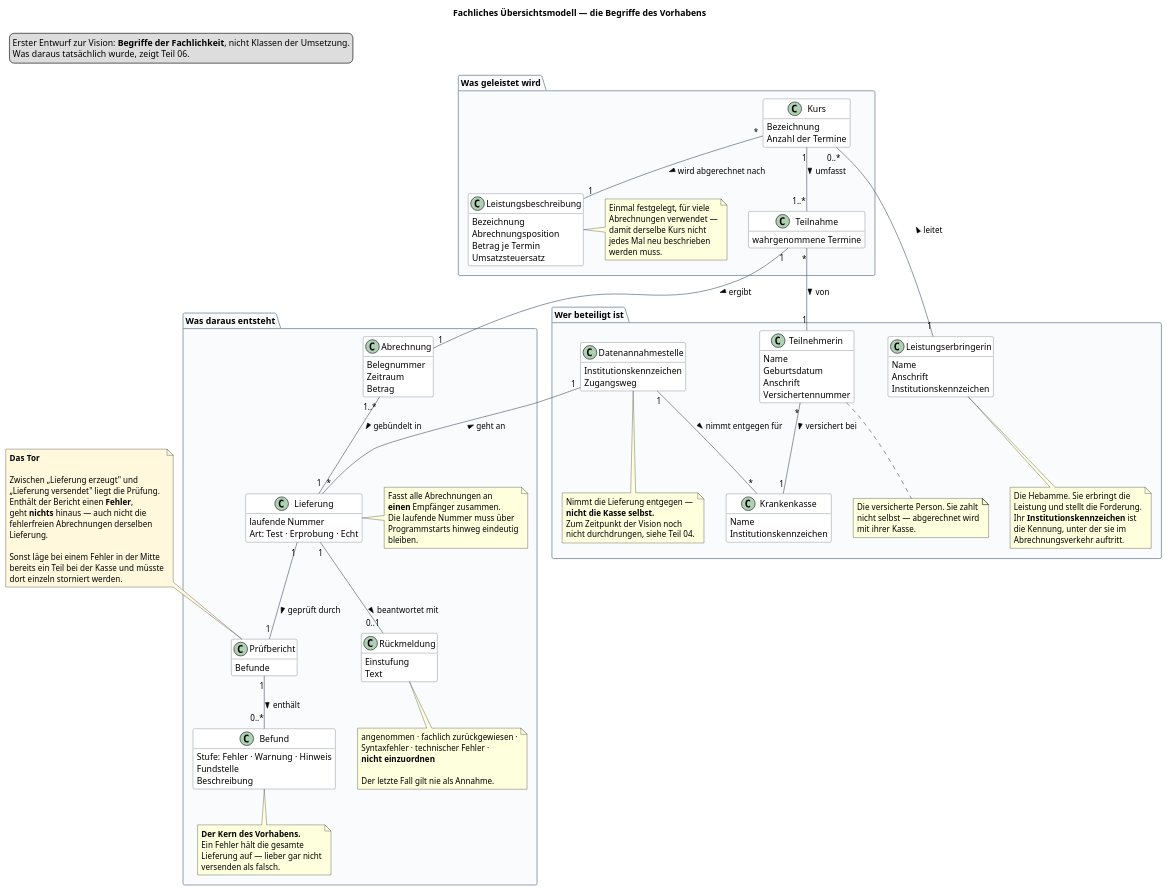
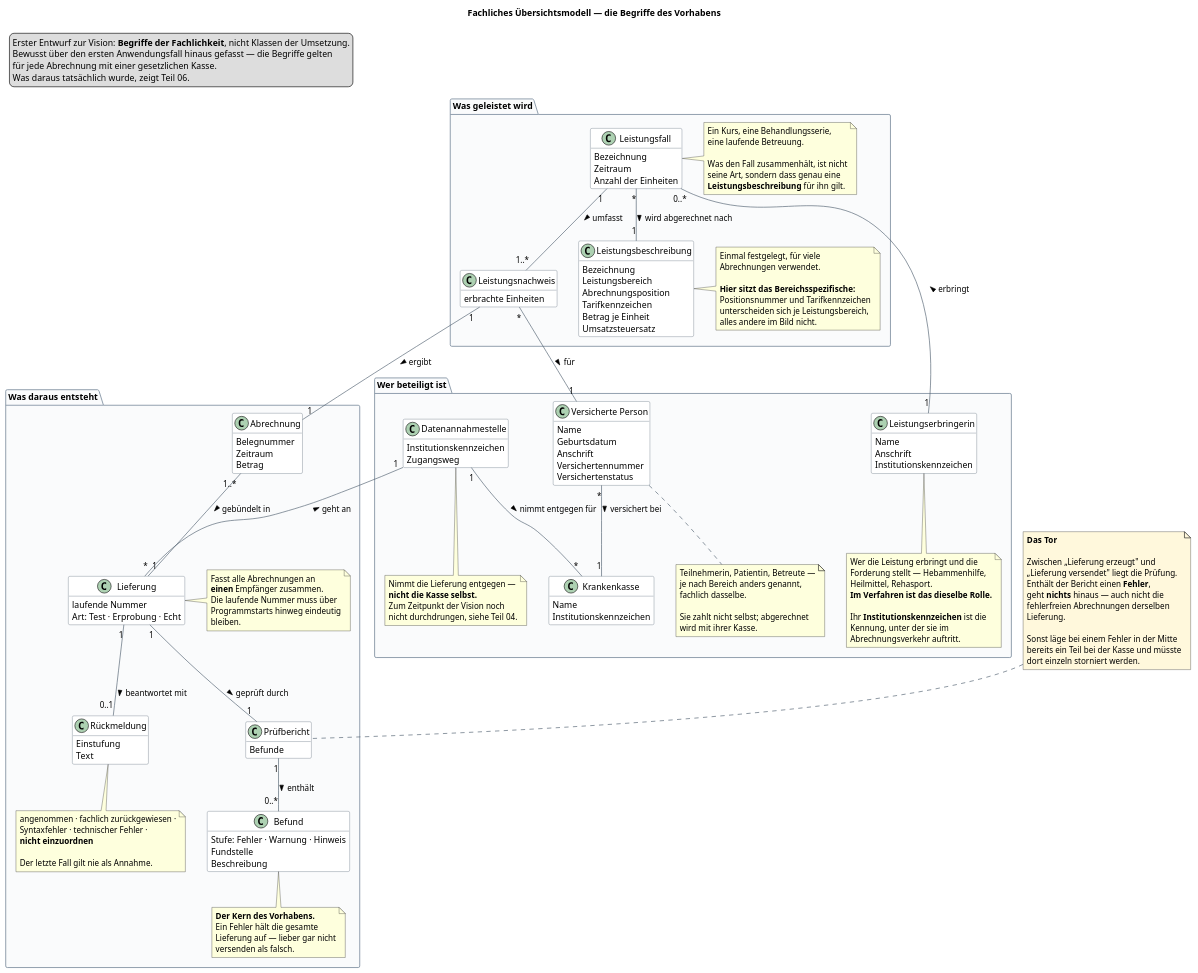
Before and after one commit to Gulaschkanister/Health-insurance-claims: the diagram in GKVTransmitter/Information/V01_Vision_Fachmodell.puml, drawn with PlantUML. The commit also changed 7 other files, not shown here.

```diff
--- a/GKVTransmitter/Information/V01_Vision_Fachmodell.puml
+++ b/GKVTransmitter/Information/V01_Vision_Fachmodell.puml
@@ -1,174 +1,196 @@
 @startuml GKVTransmitter_Vision_Fachmodell
 hide empty members
 skinparam shadowing false
 skinparam ranksep 55
 skinparam nodesep 35
 skinparam class {
   BackgroundColor White
   BorderColor #4A5A6A
   ArrowColor #4A5A6A
 }
 skinparam package {
   BackgroundColor #FAFBFC
   BorderColor #8A99A8
 }
 
 title Fachliches Übersichtsmodell — die Begriffe des Vorhabens
 
 legend top left
   Erster Entwurf zur Vision: **Begriffe der Fachlichkeit**, nicht Klassen der Umsetzung.
+  Bewusst über den ersten Anwendungsfall hinaus gefasst — die Begriffe gelten
+  für jede Abrechnung mit einer gesetzlichen Kasse.
   Was daraus tatsächlich wurde, zeigt Teil 06.
 endlegend
 
 package "Wer beteiligt ist" {
 
   class Leistungserbringerin {
     Name
     Anschrift
     Institutionskennzeichen
   }
   note bottom
-    Die Hebamme. Sie erbringt die
-    Leistung und stellt die Forderung.
-    Ihr **Institutionskennzeichen** ist
-    die Kennung, unter der sie im
+    Wer die Leistung erbringt und die
+    Forderung stellt — Hebammenhilfe,
+    Heilmittel, Rehasport.
+    **Im Verfahren ist das dieselbe Rolle.**
+
+    Ihr **Institutionskennzeichen** ist die
+    Kennung, unter der sie im
     Abrechnungsverkehr auftritt.
   end note
 
-  class Teilnehmerin {
+  class "Versicherte Person" as VP {
     Name
     Geburtsdatum
     Anschrift
     Versichertennummer
+    Versichertenstatus
   }
   note bottom
-    Die versicherte Person. Sie zahlt
-    nicht selbst — abgerechnet wird
-    mit ihrer Kasse.
+    Teilnehmerin, Patientin, Betreute —
+    je nach Bereich anders genannt,
+    fachlich dasselbe.
+
+    Sie zahlt nicht selbst; abgerechnet
+    wird mit ihrer Kasse.
   end note
 
   class Krankenkasse {
     Name
     Institutionskennzeichen
   }
 
   class Datenannahmestelle {
     Institutionskennzeichen
     Zugangsweg
   }
   note bottom
     Nimmt die Lieferung entgegen —
     **nicht die Kasse selbst.**
     Zum Zeitpunkt der Vision noch
     nicht durchdrungen, siehe Teil 04.
   end note
 }
 
 package "Was geleistet wird" {
 
-  class Kurs {
+  class Leistungsfall {
     Bezeichnung
-    Anzahl der Termine
+    Zeitraum
+    Anzahl der Einheiten
   }
+  note right
+    Ein Kurs, eine Behandlungsserie,
+    eine laufende Betreuung.
+
+    Was den Fall zusammenhält, ist nicht
+    seine Art, sondern dass genau eine
+    **Leistungsbeschreibung** für ihn gilt.
+  end note
 
   class Leistungsbeschreibung {
     Bezeichnung
+    Leistungsbereich
     Abrechnungsposition
-    Betrag je Termin
+    Tarifkennzeichen
+    Betrag je Einheit
     Umsatzsteuersatz
   }
   note right
     Einmal festgelegt, für viele
-    Abrechnungen verwendet —
-    damit derselbe Kurs nicht
-    jedes Mal neu beschrieben
-    werden muss.
+    Abrechnungen verwendet.
+
+    **Hier sitzt das Bereichsspezifische:**
+    Positionsnummer und Tarifkennzeichen
+    unterscheiden sich je Leistungsbereich,
+    alles andere im Bild nicht.
   end note
 
-  class Teilnahme {
-    wahrgenommene Termine
+  class Leistungsnachweis {
+    erbrachte Einheiten
   }
 }
 
 package "Was daraus entsteht" {
 
   class Abrechnung {
     Belegnummer
     Zeitraum
     Betrag
   }
 
   class Lieferung {
     laufende Nummer
     {field} Art: Test · Erprobung · Echt
   }
   note right
     Fasst alle Abrechnungen an
     **einen** Empfänger zusammen.
     Die laufende Nummer muss über
     Programmstarts hinweg eindeutig
     bleiben.
   end note
 
   class "Prüfbericht" as Pruefbericht {
     Befunde
   }
 
   class Befund {
     {field} Stufe: Fehler · Warnung · Hinweis
     Fundstelle
     Beschreibung
   }
   note bottom
     **Der Kern des Vorhabens.**
     Ein Fehler hält die gesamte
     Lieferung auf — lieber gar nicht
     versenden als falsch.
   end note
 
   class "Rückmeldung" as Rueckmeldung {
     Einstufung
     Text
   }
   note bottom
     angenommen · fachlich zurückgewiesen ·
     Syntaxfehler · technischer Fehler ·
     **nicht einzuordnen**
 
     Der letzte Fall gilt nie als Annahme.
   end note
 }
 
-Leistungserbringerin "1" -- "0..*" Kurs : leitet >
-Kurs "1" -- "1..*" Teilnahme : umfasst >
-Teilnahme "*" -- "1" Teilnehmerin : von >
-Teilnehmerin "*" -- "1" Krankenkasse : versichert bei >
-Kurs "*" -- "1" Leistungsbeschreibung : wird abgerechnet nach >
+Leistungserbringerin "1" -- "0..*" Leistungsfall : erbringt >
+Leistungsfall "1" -- "1..*" Leistungsnachweis : umfasst >
+Leistungsnachweis "*" -- "1" VP : für >
+VP "*" -- "1" Krankenkasse : versichert bei >
+Leistungsfall "*" -- "1" Leistungsbeschreibung : wird abgerechnet nach >
 
-Teilnahme "1" -- "1" Abrechnung : ergibt >
+Leistungsnachweis "1" -- "1" Abrechnung : ergibt >
 Abrechnung "1..*" -- "1" Lieferung : gebündelt in >
 Lieferung "*" -- "1" Datenannahmestelle : geht an >
 Datenannahmestelle "1" -- "*" Krankenkasse : nimmt entgegen für >
 
 Lieferung "1" -- "1" Pruefbericht : geprüft durch >
 Pruefbericht "1" -- "0..*" Befund : enthält >
 Lieferung "1" -- "0..1" Rueckmeldung : beantwortet mit >
 
 note as tor #FFF8DC
   **Das Tor**
 
   Zwischen „Lieferung erzeugt" und
   „Lieferung versendet" liegt die Prüfung.
   Enthält der Bericht einen **Fehler**,
   geht **nichts** hinaus — auch nicht die
   fehlerfreien Abrechnungen derselben
   Lieferung.
 
   Sonst läge bei einem Fehler in der Mitte
   bereits ein Teil bei der Kasse und müsste
   dort einzeln storniert werden.
 end note
 
 tor .. Pruefbericht
 
 @enduml
```
